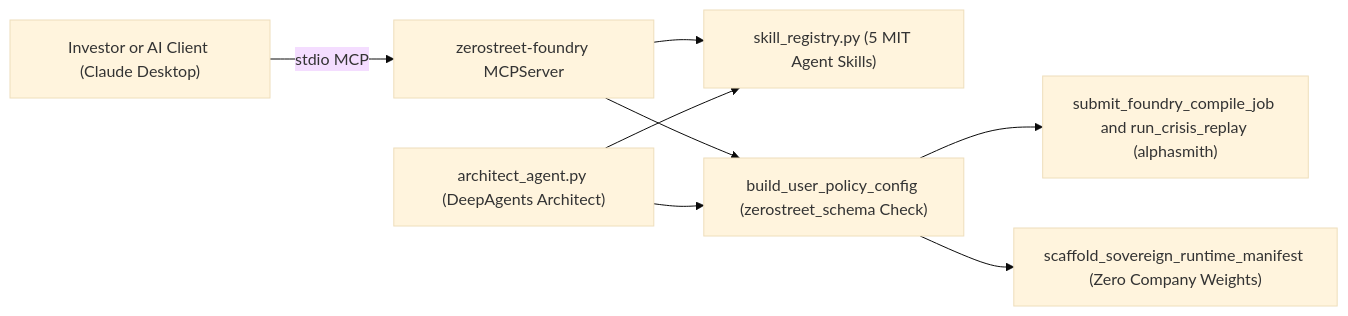
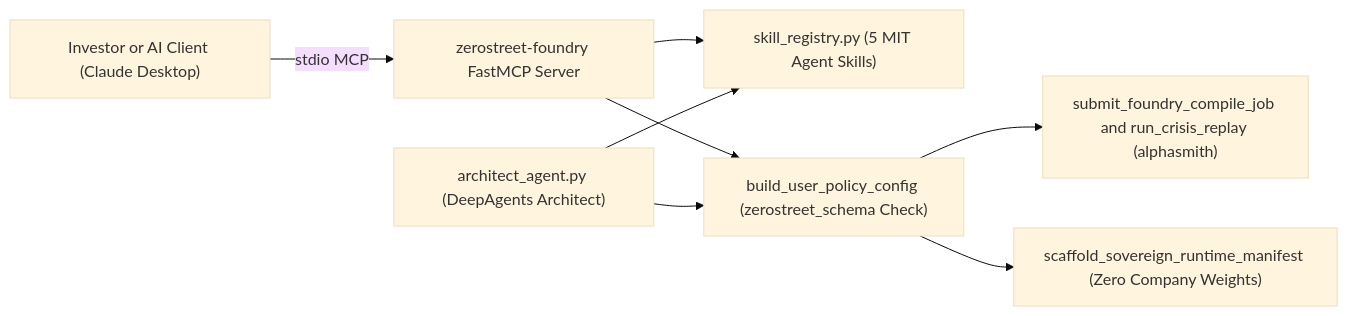
One commit to zerostreet/zerostreet-mcp changed the diagram in README.en.md. Above: the diagram before and after it, drawn with Mermaid (base theme). The commit also changed other lines of this file and 13 other files, not shown here.

Commit message:
feat: migrate Foundry MCP server to FastMCP

````diff
--- a/README.en.md
+++ b/README.en.md
@@ -25,10 +25,10 @@
 ```mermaid
 flowchart LR
-    USER["Investor or AI Client (Claude Desktop)"] -->|"stdio MCP"| MCP["zerostreet-foundry MCPServer"]
+    USER["Investor or AI Client (Claude Desktop)"] -->|"stdio MCP"| MCP["zerostreet-foundry FastMCP Server"]
     MCP --> SK["skill_registry.py (5 MIT Agent Skills)"]
     MCP --> VAL["build_user_policy_config (zerostreet_schema Check)"]
     VAL --> FND["submit_foundry_compile_job and run_crisis_replay (alphasmith)"]
     VAL --> SCF["scaffold_sovereign_runtime_manifest (Zero Company Weights)"]
     ARCH["architect_agent.py (DeepAgents Architect)"] --> SK
     ARCH --> VAL
 ```
````
